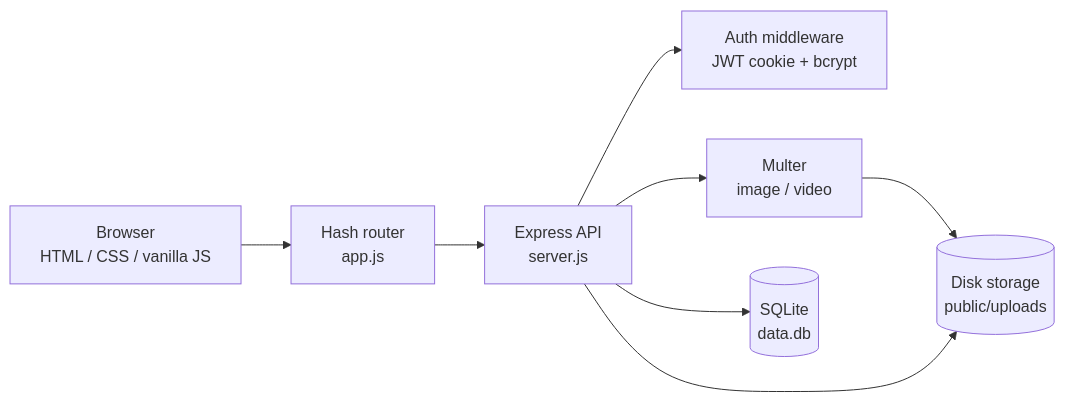
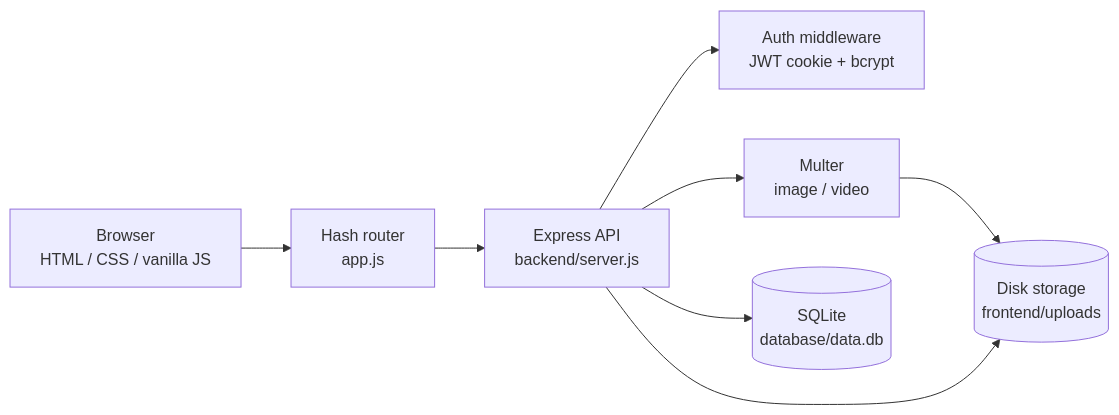
The diagram in README.md (QxQx55/CodeAlpha_Social-Media), drawn with Mermaid before and after one commit. The commit also changed other lines of this file and 13 other files, not shown here.

Commit message:
refactor: organize codebase into backend, frontend and database layers

````diff
--- a/README.md
+++ b/README.md
@@ -72,16 +104,16 @@
 ```mermaid
 flowchart LR
     Browser["Browser<br/>HTML / CSS / vanilla JS"]
     Router["Hash router<br/>app.js"]
-    API["Express API<br/>server.js"]
+    API["Express API<br/>backend/server.js"]
     Auth["Auth middleware<br/>JWT cookie + bcrypt"]
     Upload["Multer<br/>image / video"]
-    DB[("SQLite<br/>data.db")]
-    Files[("Disk storage<br/>public/uploads")]
+    DB[("SQLite<br/>database/data.db")]
+    Files[("Disk storage<br/>frontend/uploads")]
 
     Browser --> Router --> API
     API --> Auth
     API --> Upload --> Files
     API --> DB
     API --> Files
 ```
````
